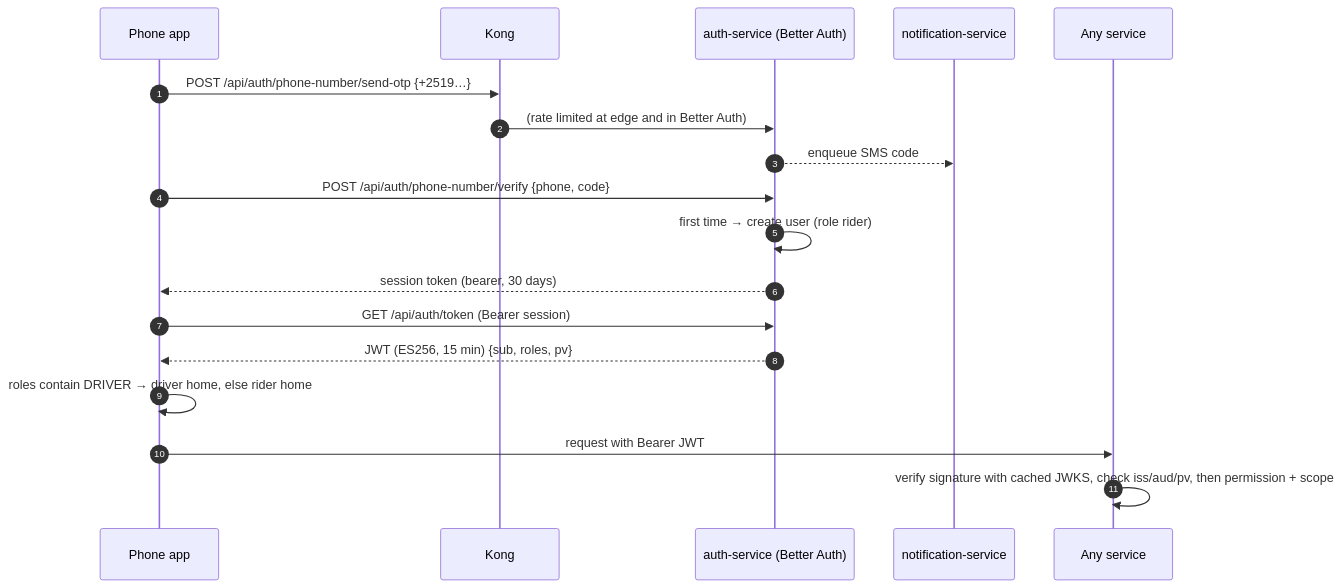
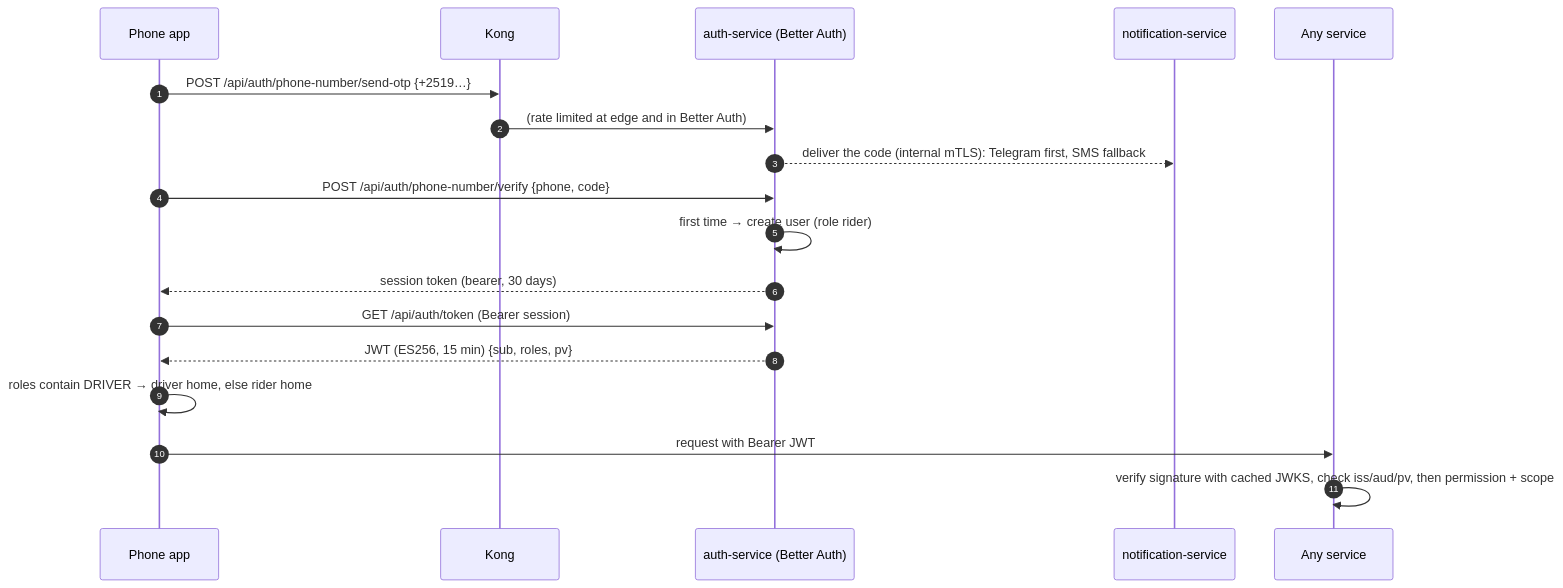
Before and after one commit to beab1212/Anbessa: the fifth of 17 diagrams in docs/architecture/overview.md, drawn with Mermaid. The commit also changed other lines of this file and 92 other files, not shown here.

Commit message:
Refactor authentication setup and documentation; replace local JWT key generation with Better Auth integration, update `.env.example` for new auth service secrets, and enhance documentation to reflect the transition to Telegram for OTP delivery with SMS fallback.

````diff
--- a/docs/architecture/overview.md
+++ b/docs/architecture/overview.md
@@ -228,21 +232,21 @@
 ```mermaid
 sequenceDiagram
   autonumber
   participant App as Phone app
   participant Kong
   participant BA as auth-service (Better Auth)
   participant N as notification-service
   participant S as Any service
 
   App->>Kong: POST /api/auth/phone-number/send-otp {+2519…}
   Kong->>BA: (rate limited at edge and in Better Auth)
-  BA-->>N: enqueue SMS code
+  BA-->>N: deliver the code (internal mTLS): Telegram first, SMS fallback
   App->>BA: POST /api/auth/phone-number/verify {phone, code}
   BA->>BA: first time → create user (role rider)
   BA-->>App: session token (bearer, 30 days)
   App->>BA: GET /api/auth/token (Bearer session)
   BA-->>App: JWT (ES256, 15 min) {sub, roles, pv}
   App->>App: roles contain DRIVER → driver home, else rider home
   App->>S: request with Bearer JWT
   S->>S: verify signature with cached JWKS, check iss/aud/pv, then permission + scope
 ```
````
